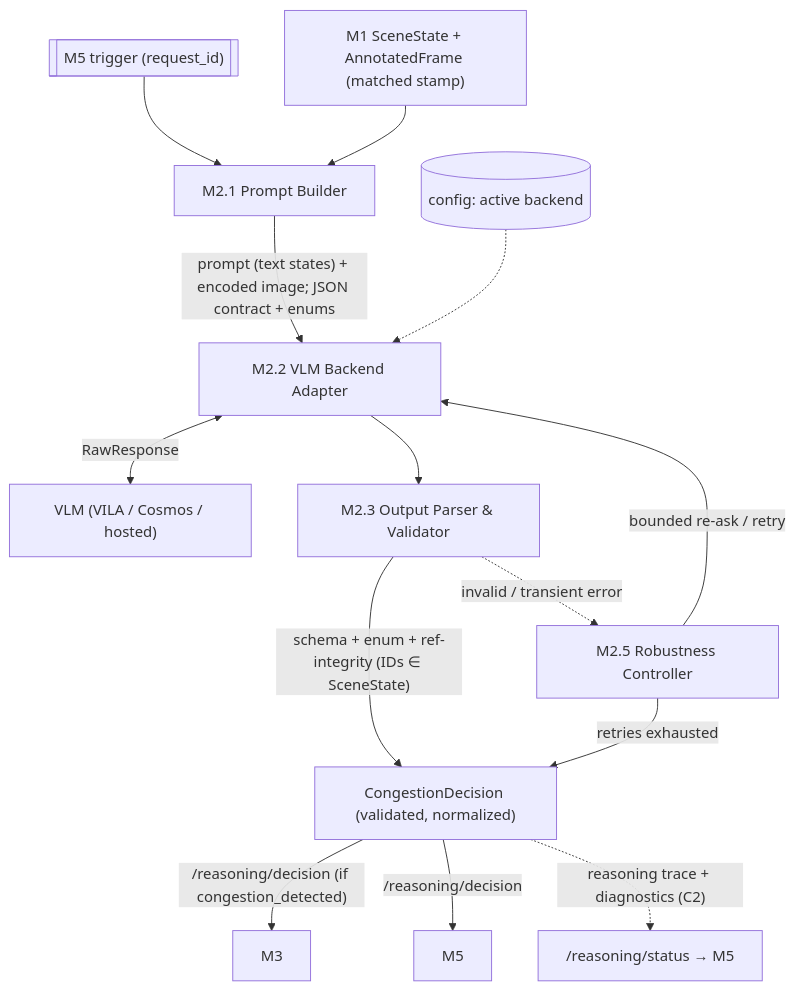
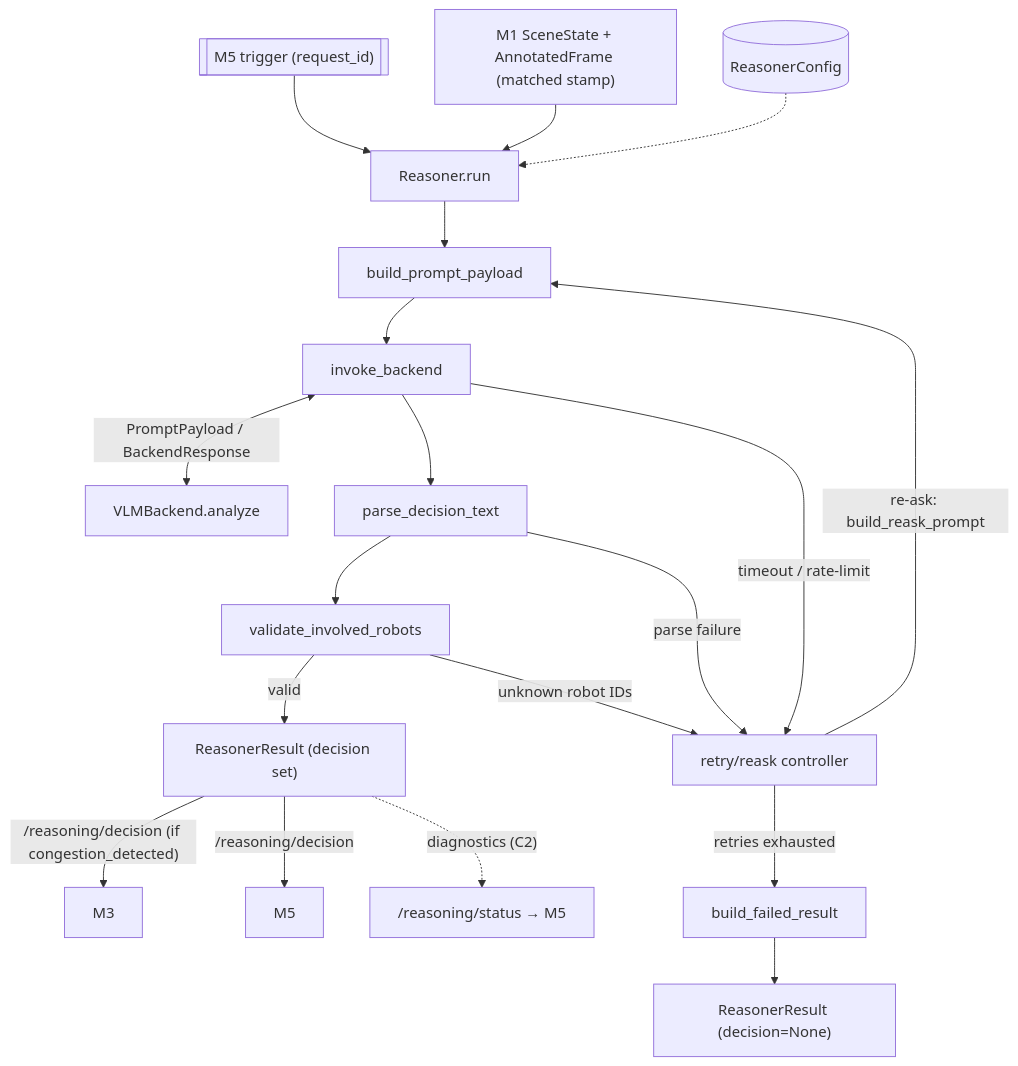
The diagram in docs/specs/module2_vlm_reasoning.md (tuanhdangdinh/VLM-swarm-congestion), drawn with Mermaid before and after one commit. The commit also changed other lines of this file and 33 other files, not shown here.

````diff
--- a/docs/specs/module2_vlm_reasoning.md
+++ b/docs/specs/module2_vlm_reasoning.md
@@ -48,16 +56,21 @@
 ```mermaid
 flowchart TD
-    TRIG[["M5 trigger (request_id)"]] --> M21
-    IN["M1 SceneState + AnnotatedFrame (matched stamp)"] --> M21["M2.1 Prompt Builder"]
-    M21 -->|"prompt (text states) + encoded image; JSON contract + enums"| M22["M2.2 VLM Backend Adapter"]
-    CFG[("config: active backend")] -.-> M22
-    M22 <-->|RawResponse| VLM["VLM (VILA / Cosmos / hosted)"]
-    M22 --> M23["M2.3 Output Parser & Validator"]
-    M23 -->|"schema + enum + ref-integrity (IDs ∈ SceneState)"| DEC
-    M23 -.->|invalid / transient error| M25["M2.5 Robustness Controller"]
-    M25 -->|bounded re-ask / retry| M22
-    M25 -->|retries exhausted| DEC["CongestionDecision (validated, normalized)"]
-    DEC -->|"/reasoning/decision (if congestion_detected)"| M3["M3"]
-    DEC -->|/reasoning/decision| M5O["M5"]
-    DEC -.->|"reasoning trace + diagnostics (C2)"| STAT["/reasoning/status → M5"]
+    TRIG[["M5 trigger (request_id)"]] --> REASONER
+    IN["M1 SceneState + AnnotatedFrame (matched stamp)"] --> REASONER["Reasoner.run"]
+    CFG[("ReasonerConfig")] -.-> REASONER
+    REASONER --> PB["build_prompt_payload"]
+    PB --> IB["invoke_backend"]
+    IB <-->|PromptPayload / BackendResponse| VLM["VLMBackend.analyze"]
+    IB --> PDT["parse_decision_text"]
+    PDT --> VIR["validate_involved_robots"]
+    VIR -->|valid| RES["ReasonerResult (decision set)"]
+    PDT -->|parse failure| RC["retry/reask controller"]
+    VIR -->|unknown robot IDs| RC
+    IB -->|timeout / rate-limit| RC
+    RC -->|re-ask: build_reask_prompt| PB
+    RC -->|retries exhausted| FAIL["build_failed_result"]
+    FAIL --> RES2["ReasonerResult (decision=None)"]
+    RES -->|"/reasoning/decision (if congestion_detected)"| M3["M3"]
+    RES -->|/reasoning/decision| M5O["M5"]
+    RES -.->|"diagnostics (C2)"| STAT["/reasoning/status → M5"]
 ```
````
